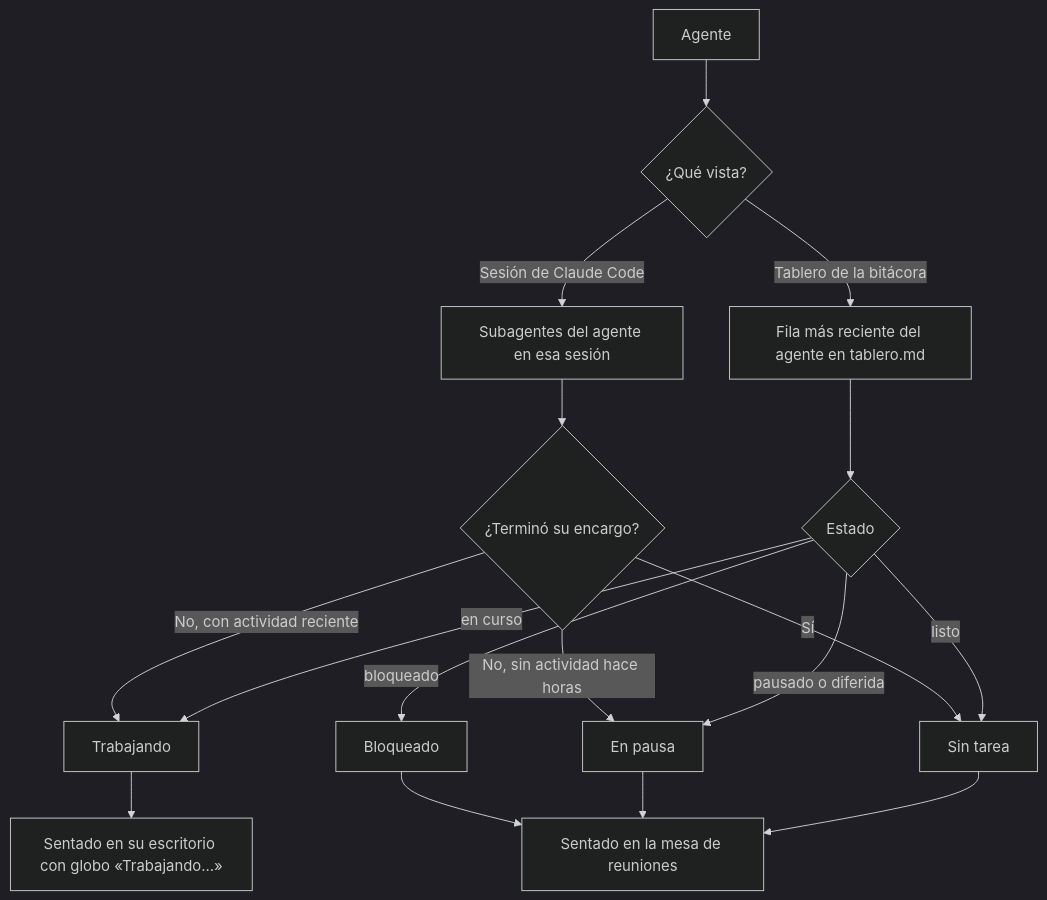
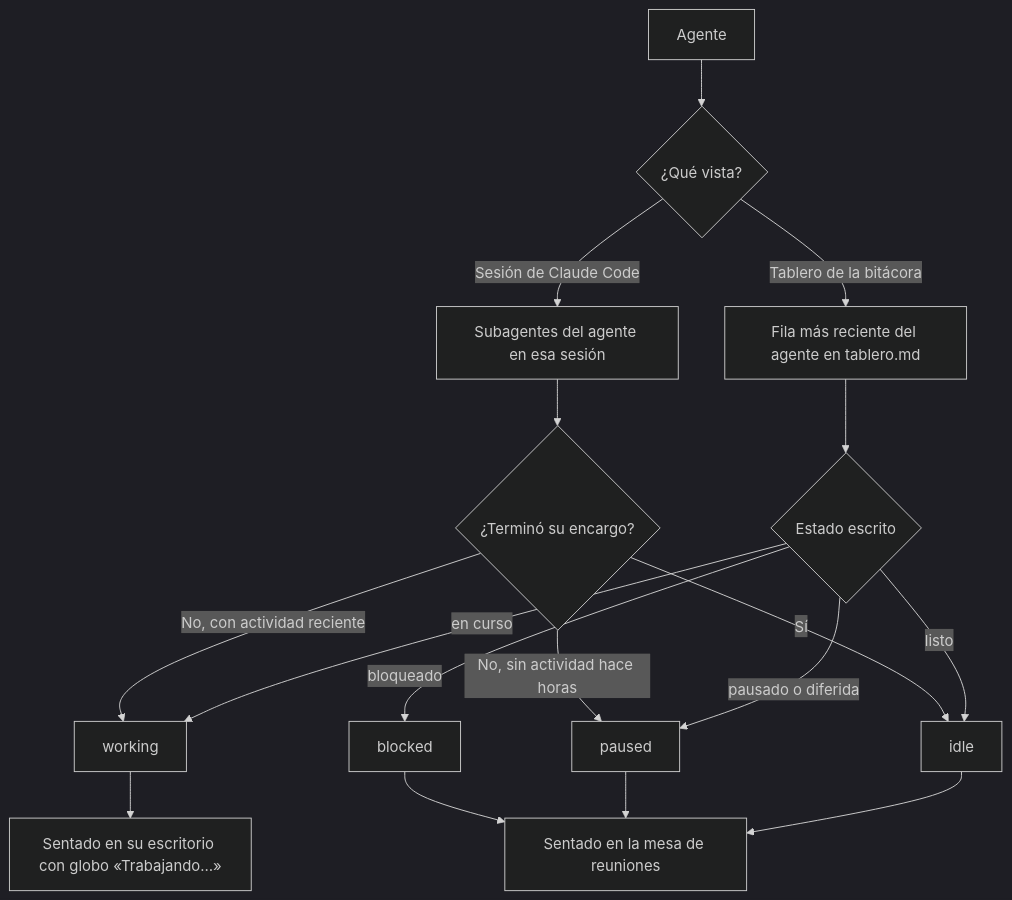
The third of 3 diagrams in README.md (nathaliascode/agents-office), drawn with Mermaid (dark theme) before and after one commit. The commit also changed other lines of this file and 30 other files, not shown here.

````diff
--- a/README.md
+++ b/README.md
@@ -117,19 +121,19 @@
 ```mermaid
 flowchart TD
     A[Agente] --> V{¿Qué vista?}
     V -->|Tablero de la bitácora| T[Fila más reciente del agente en tablero.md]
     V -->|Sesión de Claude Code| S[Subagentes del agente en esa sesión]
-    T --> E{Estado}
+    T --> E{Estado escrito}
     S --> F{¿Terminó su encargo?}
-    F -->|No, con actividad reciente| W[Trabajando]
-    F -->|No, sin actividad hace horas| P[En pausa]
-    F -->|Sí| L[Sin tarea]
+    F -->|No, con actividad reciente| W[working]
+    F -->|No, sin actividad hace horas| P[paused]
+    F -->|Sí| L[idle]
     E -->|en curso| W
-    E -->|bloqueado| X[Bloqueado]
+    E -->|bloqueado| X[blocked]
     E -->|pausado o diferida| P
     E -->|listo| L
     W --> D[Sentado en su escritorio con globo «Trabajando…»]
     X --> M[Sentado en la mesa de reuniones]
     P --> M
     L --> M
 ```
````
